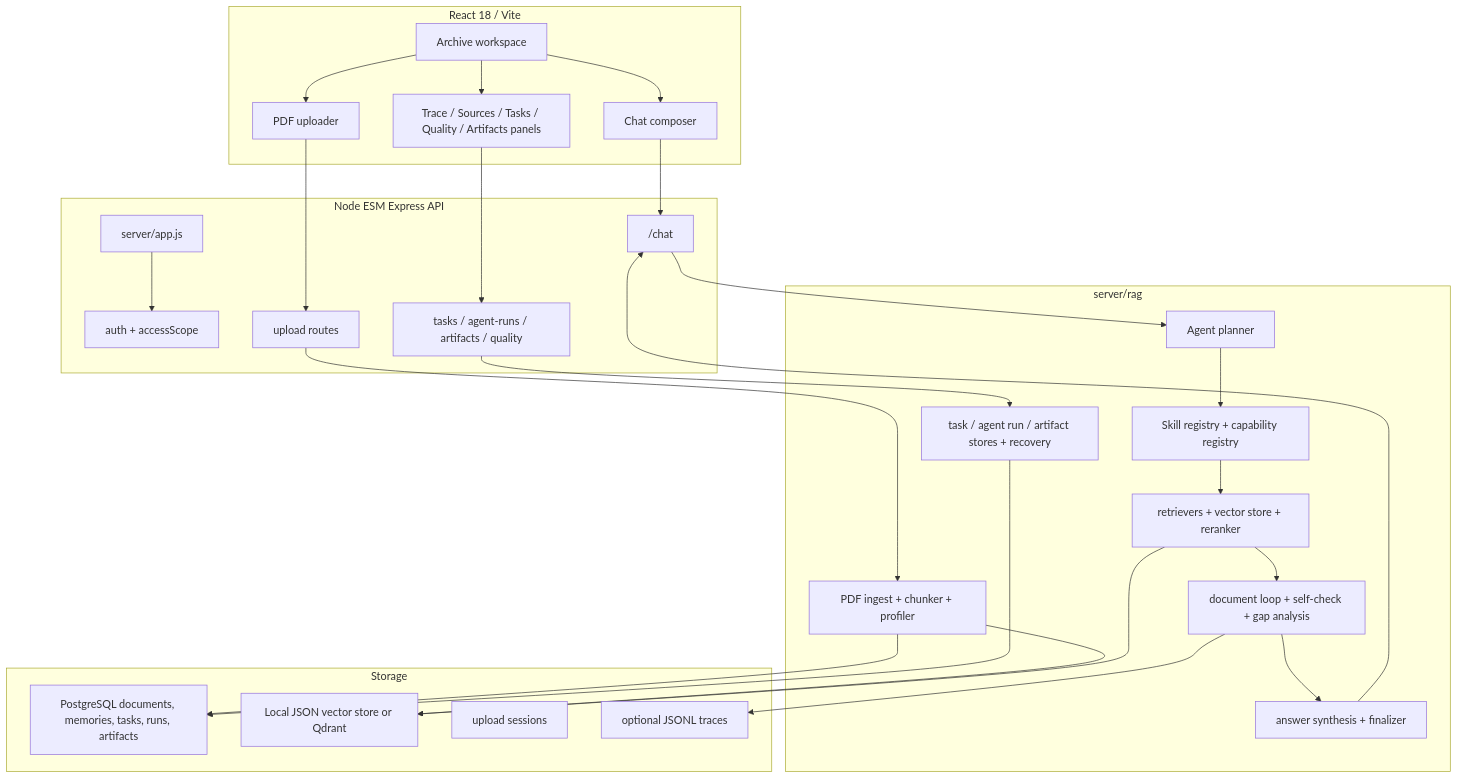
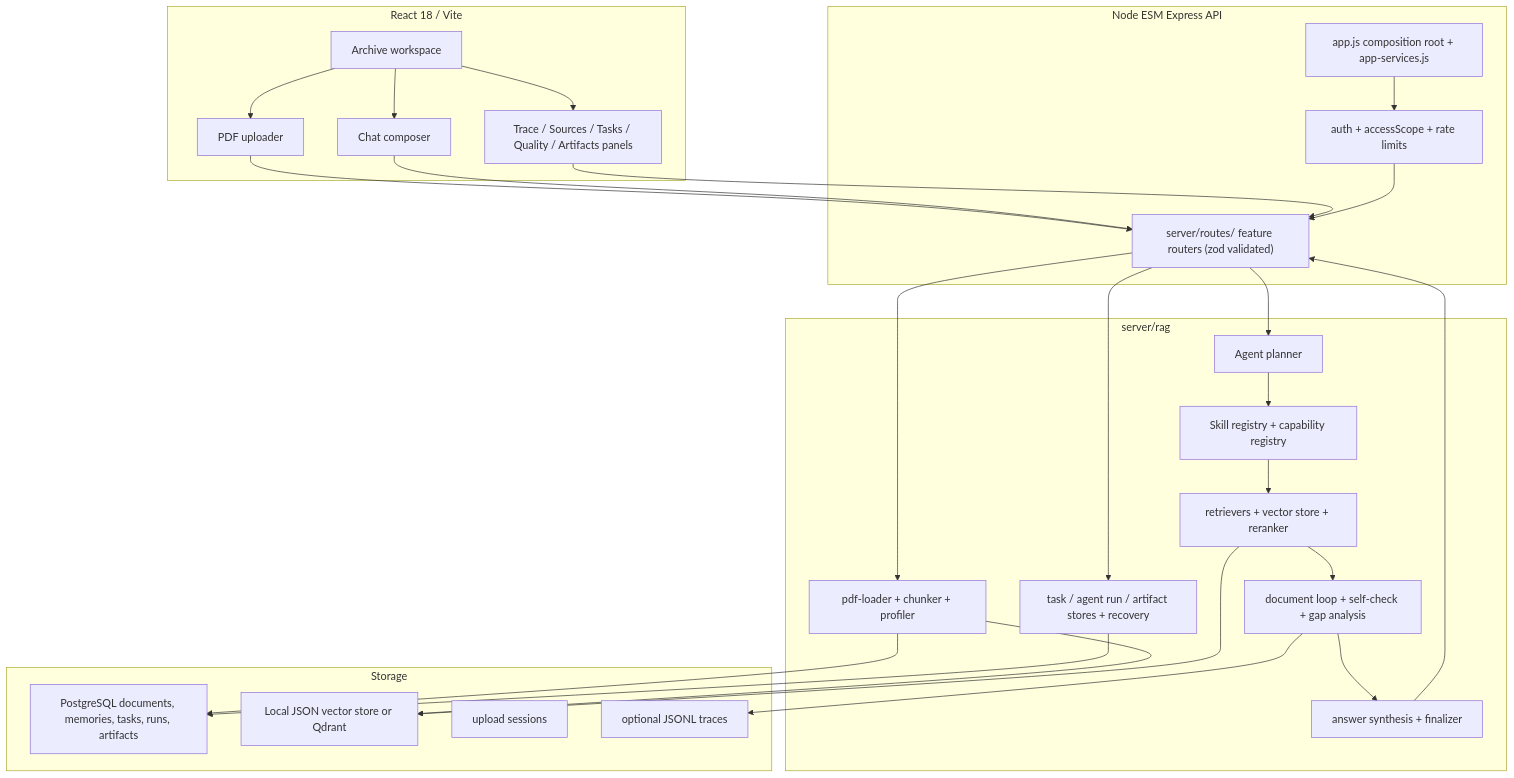
One commit to luc1ferxx/Luc1ferxx_Archive_RAG changed the first of 2 diagrams in README.md. Above: the diagram before and after it, drawn with Mermaid. The commit also changed other lines of this file, not shown here.

First line of the commit message:
docs: rewrite README to reflect current architecture and engineering baseline

````diff
--- a/README.md
+++ b/README.md
@@ -55,55 +56,54 @@
 ```mermaid
 flowchart TB
   subgraph Frontend["React 18 / Vite"]
     Workspace["Archive workspace"]
     Upload["PDF uploader"]
     Chat["Chat composer"]
     TraceUI["Trace / Sources / Tasks / Quality / Artifacts panels"]
   end
 
   subgraph API["Node ESM Express API"]
-    Routes["server/app.js"]
-    Auth["auth + accessScope"]
-    UploadRoutes["upload routes"]
-    ChatRoute["/chat"]
-    TaskRoutes["tasks / agent-runs / artifacts / quality"]
+    Composition["app.js composition root + app-services.js"]
+    Auth["auth + accessScope + rate limits"]
+    Routers["server/routes/ feature routers (zod validated)"]
   end
 
   subgraph RAG["server/rag"]
-    Ingest["PDF ingest + chunker + profiler"]
+    Ingest["pdf-loader + chunker + profiler"]
     Planner["Agent planner"]
     Skills["Skill registry + capability registry"]
     Retrieval["retrievers + vector store + reranker"]
     Loop["document loop + self-check + gap analysis"]
     Finalizer["answer synthesis + finalizer"]
     Runs["task / agent run / artifact stores + recovery"]
   end
 
   subgraph Storage["Storage"]
     Postgres["PostgreSQL documents, memories, tasks, runs, artifacts"]
     Vector["Local JSON vector store or Qdrant"]
     UploadSessions["upload sessions"]
     TraceFiles["optional JSONL traces"]
   end
 
   Workspace --> Upload
   Workspace --> Chat
   Workspace --> TraceUI
-  Upload --> UploadRoutes
-  Chat --> ChatRoute
-  TraceUI --> TaskRoutes
-  Routes --> Auth
-  UploadRoutes --> Ingest
-  ChatRoute --> Planner
+  Upload --> Routers
+  Chat --> Routers
+  TraceUI --> Routers
+  Composition --> Auth
+  Auth --> Routers
+  Routers --> Ingest
+  Routers --> Planner
   Planner --> Skills
   Skills --> Retrieval
   Retrieval --> Loop
   Loop --> Finalizer
-  Finalizer --> ChatRoute
-  TaskRoutes --> Runs
+  Finalizer --> Routers
+  Routers --> Runs
   Ingest --> Postgres
   Ingest --> Vector
   Retrieval --> Vector
   Runs --> Postgres
   Loop --> TraceFiles
 ```
````
